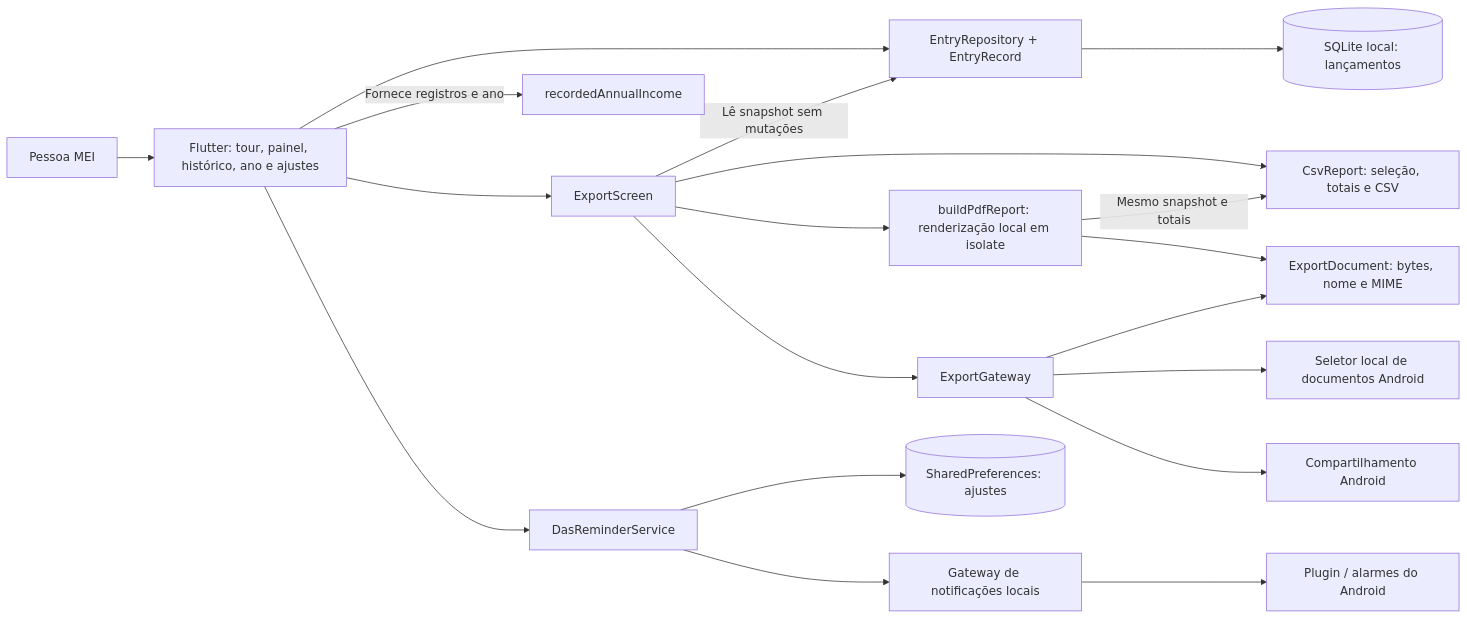
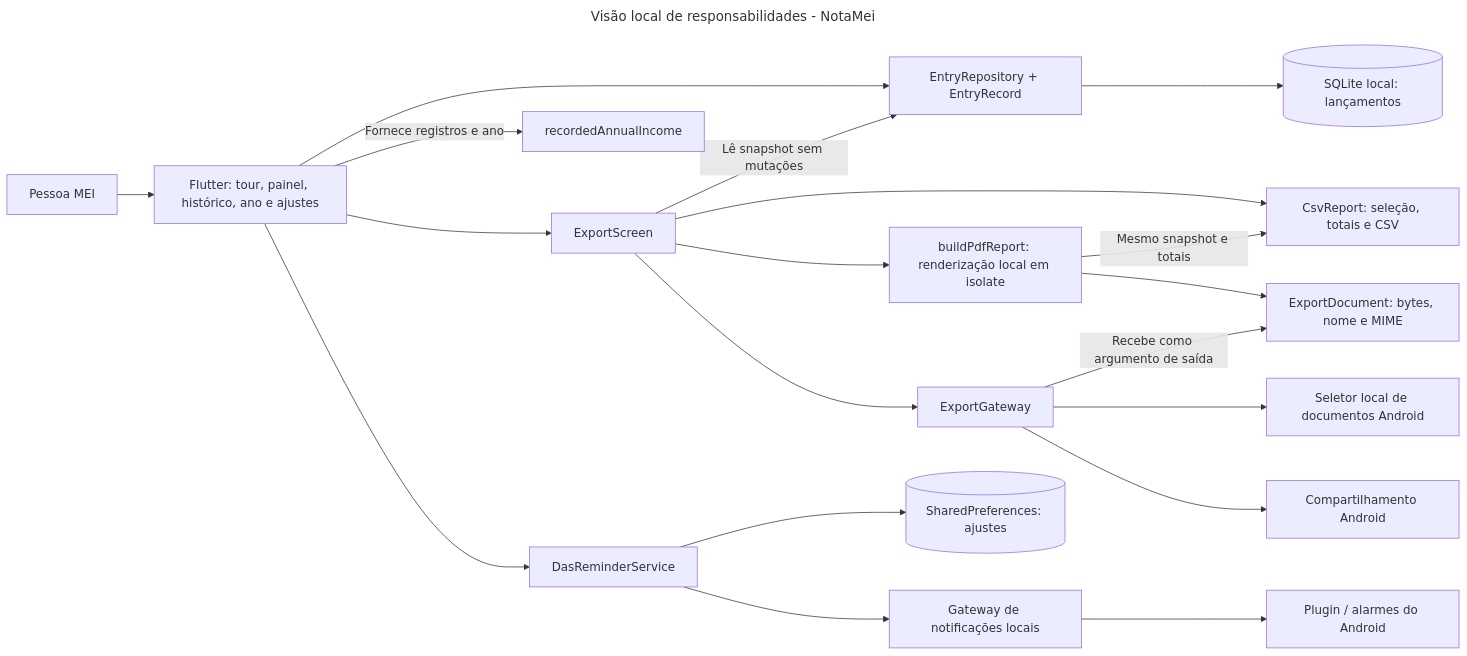
The diagram in docs/hermes/REQUISITOS-ARQUITETURA.md (Isaqueodev/NotaMei), drawn with Mermaid before and after one commit. The commit also changed other lines of this file and 9 other files, not shown here.

Commit message:
docs: organiza requisitos ADRs e rastreabilidade do NotaMei

````diff
--- a/docs/hermes/REQUISITOS-ARQUITETURA.md
+++ b/docs/hermes/REQUISITOS-ARQUITETURA.md
@@ -133,21 +173,24 @@
 ```mermaid
+---
+title: Visão local de responsabilidades - NotaMei
+---
 flowchart LR
   P[Pessoa MEI] --> UI[Flutter: tour, painel, histórico, ano e ajustes]
   UI --> R[EntryRepository + EntryRecord]
   R --> DB[(SQLite local: lançamentos)]
   UI -->|Fornece registros e ano| ANO[recordedAnnualIncome]
   UI --> EX[ExportScreen]
   EX -->|Lê snapshot sem mutações| R
   EX --> CSV[CsvReport: seleção, totais e CSV]
   EX --> PDF[buildPdfReport: renderização local em isolate]
   PDF -->|Mesmo snapshot e totais| CSV
   PDF --> BYTES[ExportDocument: bytes, nome e MIME]
   EX --> EG[ExportGateway]
-  EG --> BYTES
+  EG -->|Recebe como argumento de saída| BYTES
   EG --> DOC[Seletor local de documentos Android]
   EG --> SHARE[Compartilhamento Android]
   UI --> S[DasReminderService]
   S --> PREF[(SharedPreferences: ajustes)]
   S --> G[Gateway de notificações locais]
   G --> ANDROID[Plugin / alarmes do Android]
 ```
````
